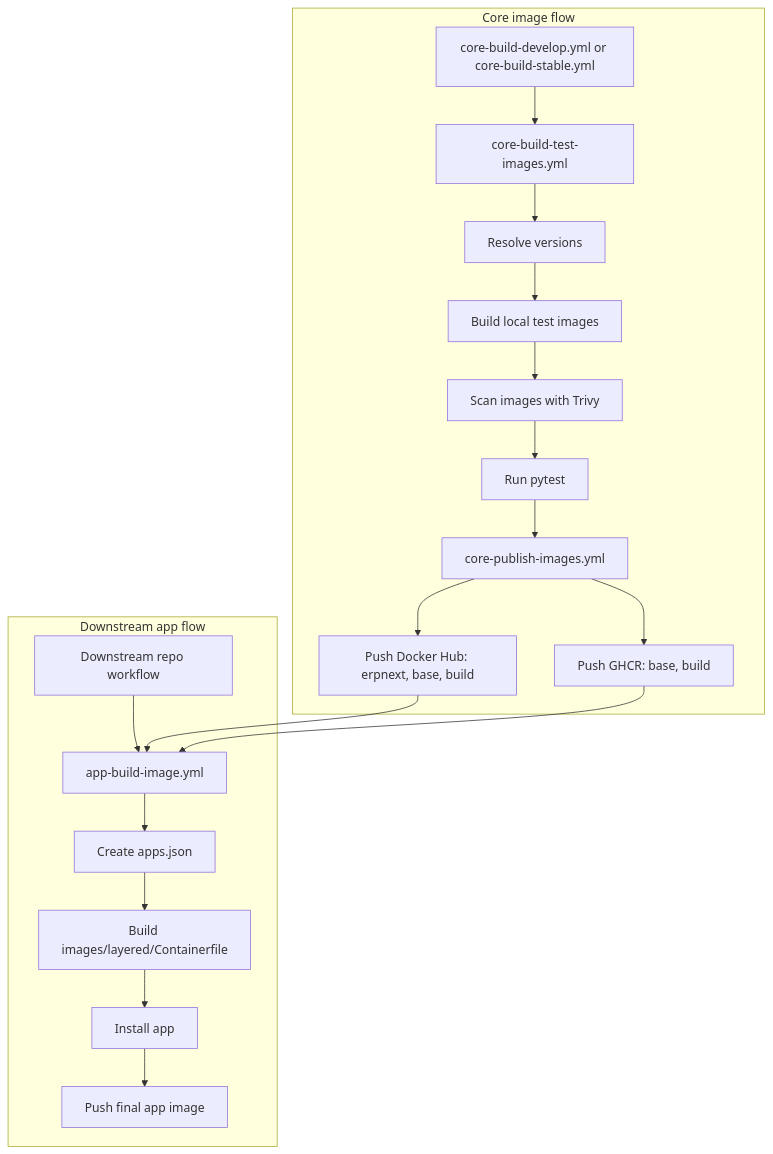
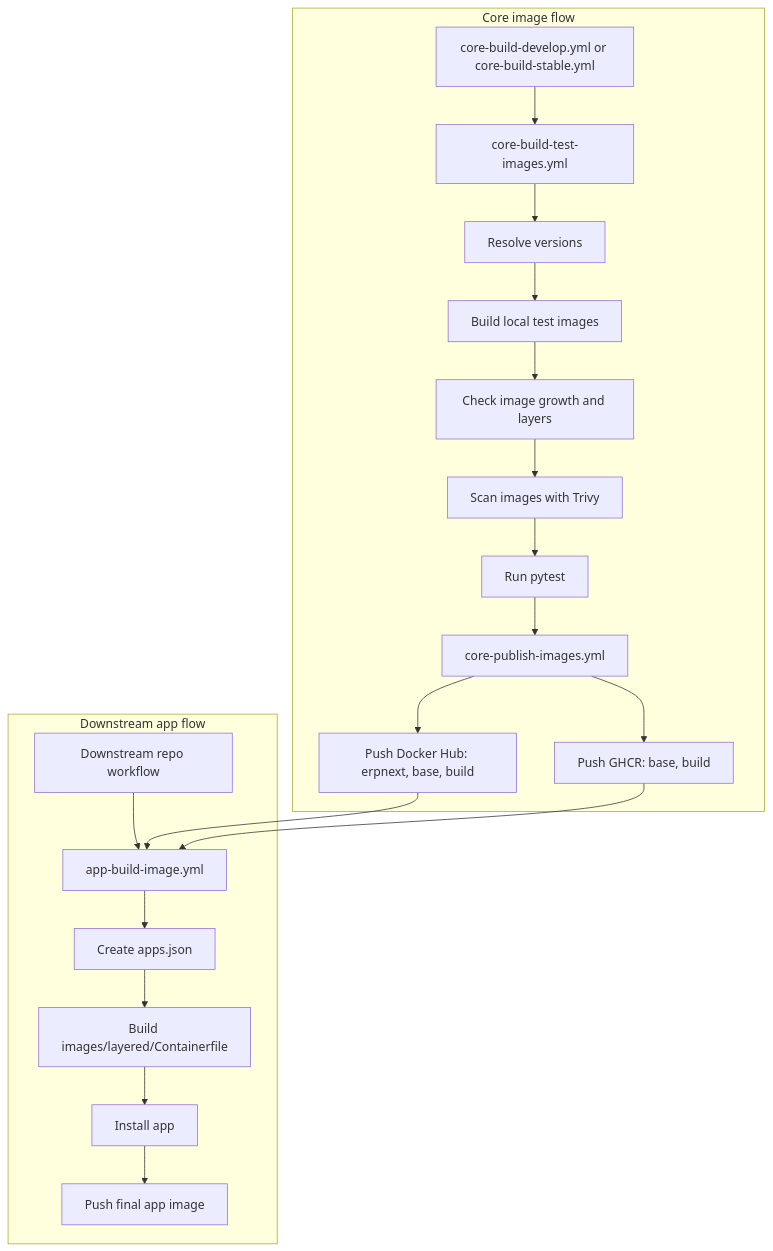
Before and after one commit to frappe/frappe_docker: the diagram in docs/13-explanation/07-github-actions-image-workflows.md, drawn with Mermaid. The commit also changed other lines of this file and 3 other files, not shown here.

````diff
--- a/docs/13-explanation/07-github-actions-image-workflows.md
+++ b/docs/13-explanation/07-github-actions-image-workflows.md
@@ -61,41 +62,43 @@
 ```mermaid
 flowchart TD
     subgraph Core["Core image flow"]
         A[core-build-develop.yml or core-build-stable.yml]
         B[core-build-test-images.yml]
         C[Resolve versions]
         D[Build local test images]
+        P[Check image growth and layers]
         E[Scan images with Trivy]
         F[Run pytest]
         G[core-publish-images.yml]
         H[Push Docker Hub: erpnext, base, build]
         O[Push GHCR: base, build]
 
         A --> B
         B --> C
         C --> D
-        D --> E
+        D --> P
+        P --> E
         E --> F
         F --> G
         G --> H
         G --> O
     end
 
     subgraph App["Downstream app flow"]
         I[Downstream repo workflow]
         J[app-build-image.yml]
         K[Create apps.json]
         L[Build images/layered/Containerfile]
         M[Install app]
         N[Push final app image]
 
         I --> J
         J --> K
         K --> L
         L --> M
         M --> N
     end
 
     H --> J
     O --> J
 ```
````
